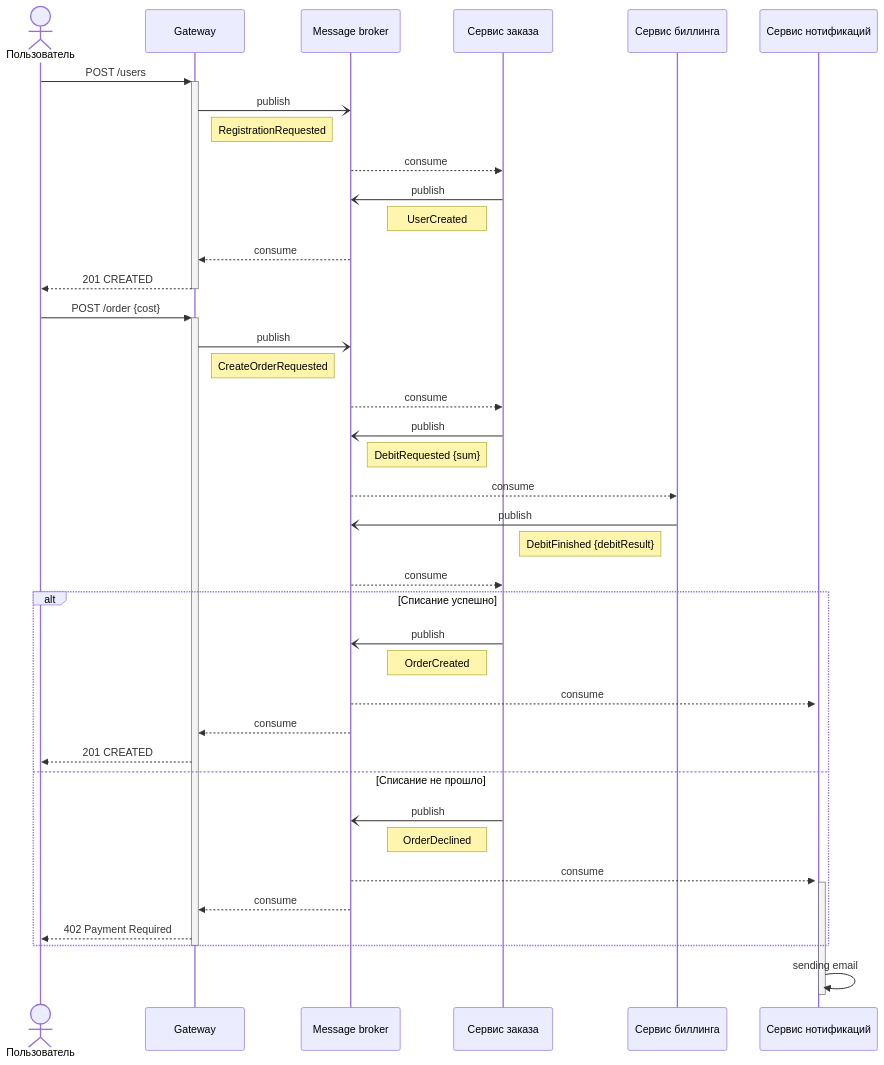
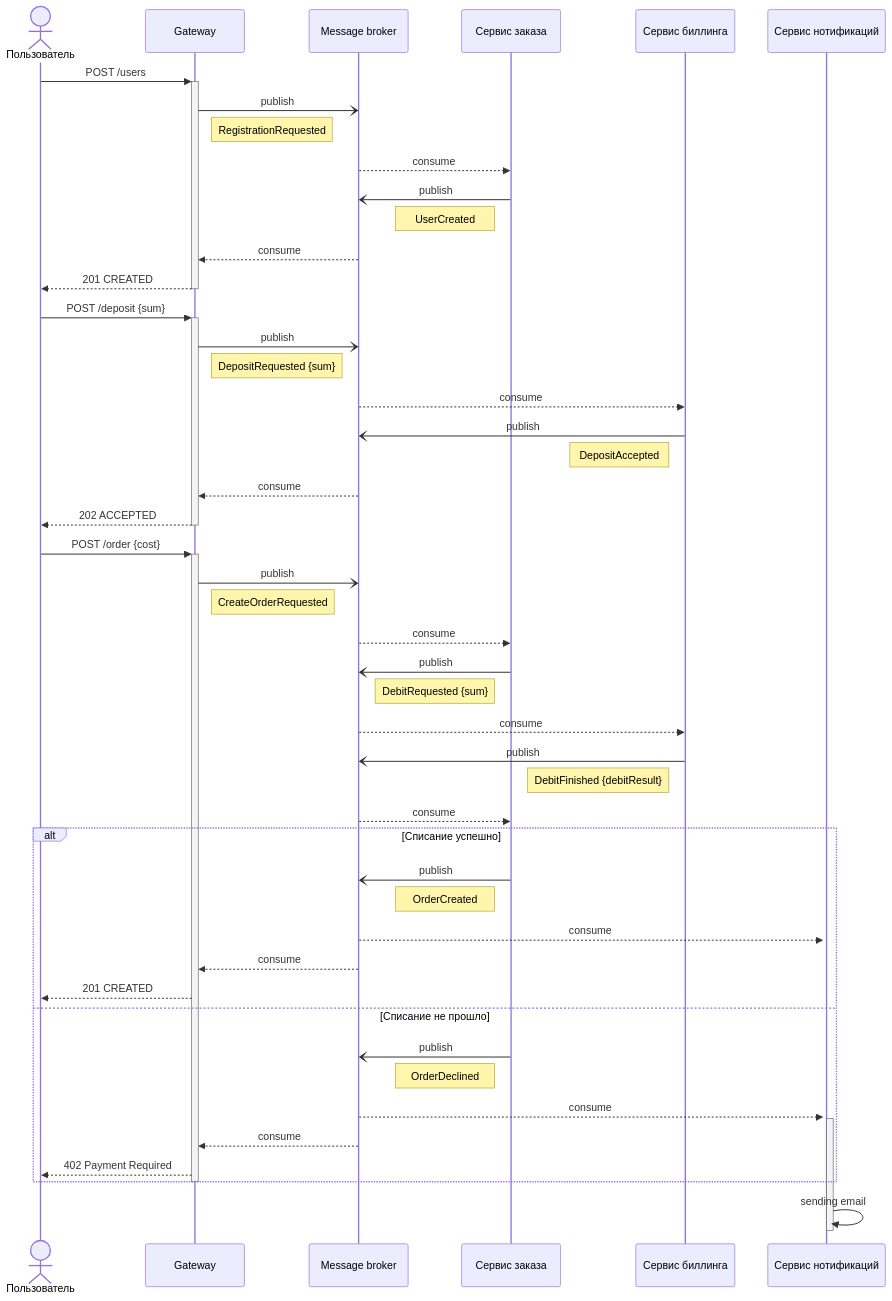
One commit to kochnevd/course-microservices changed the diagram in homework7/api-spec/event-collab/collab-sequence.md. Above: the diagram before and after it, drawn with Mermaid. The commit also changed 5 other files, not shown here.

Commit message:
HW#7 Sequence diagrams - added Deposit function

````diff
--- a/homework7/api-spec/event-collab/collab-sequence.md
+++ b/homework7/api-spec/event-collab/collab-sequence.md
@@ -1,55 +1,66 @@
 ```mermaid
 sequenceDiagram
 
 actor User as Пользователь
 participant Gateway
 participant Message broker
 participant OrderService as Сервис заказа
 participant BillingService as Сервис биллинга
 participant NotificationService as Сервис нотификаций
 
 User->>+Gateway: POST /users
     Gateway-)Message broker: publish
     Note right of Gateway: RegistrationRequested
 
     Message broker-->>OrderService: consume
     OrderService-)Message broker: publish
     Note left of OrderService: UserCreated
 
     Message broker-->>Gateway: consume
 Gateway-->>-User: 201 CREATED
+
+User->>+Gateway: POST /deposit {sum}
+    Gateway-)Message broker: publish
+    Note right of Gateway: DepositRequested {sum}
+
+    Message broker-->>BillingService: consume
+    BillingService-)Message broker: publish
+    Note left of BillingService: DepositAccepted
+
+    Message broker-->>Gateway: consume
+Gateway-->>-User: 202 ACCEPTED
 
 User->>+Gateway: POST /order {cost}
     Gateway-)Message broker: publish
     Note right of Gateway: CreateOrderRequested
 
     Message broker-->>OrderService: consume
     OrderService-)Message broker: publish
     Note left of OrderService: DebitRequested {sum}
 
     Message broker-->>BillingService: consume
     BillingService-)Message broker: publish
     Note left of BillingService: DebitFinished {debitResult}
 
     Message broker-->>OrderService: consume
 alt Списание успешно
     OrderService-)Message broker: publish
     Note left of OrderService: OrderCreated
 
     Message broker-->>+NotificationService: consume
     Message broker-->>Gateway: consume
 
     Gateway-->>User: 201 CREATED
 else Списание не прошло
     OrderService-)Message broker: publish
     Note left of OrderService: OrderDeclined
 
     Message broker-->>+NotificationService: consume
     Message broker-->>Gateway: consume
 
     Gateway-->>User: 402 Payment Required
 end
 deactivate Gateway
 
     NotificationService->>-NotificationService: sending email
 ```
````
